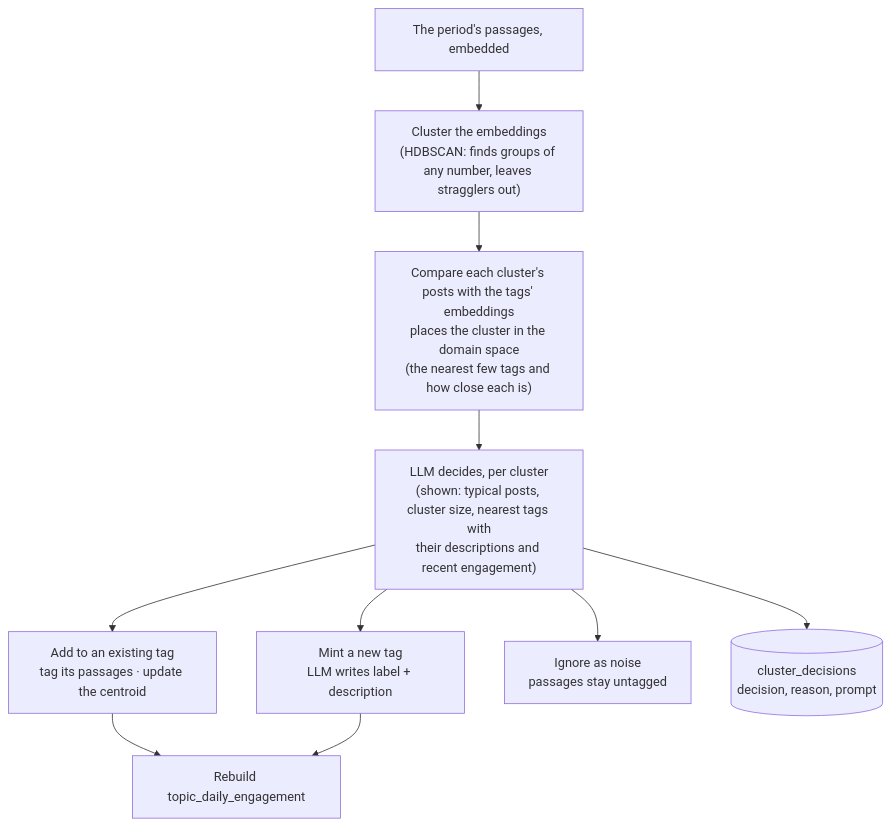
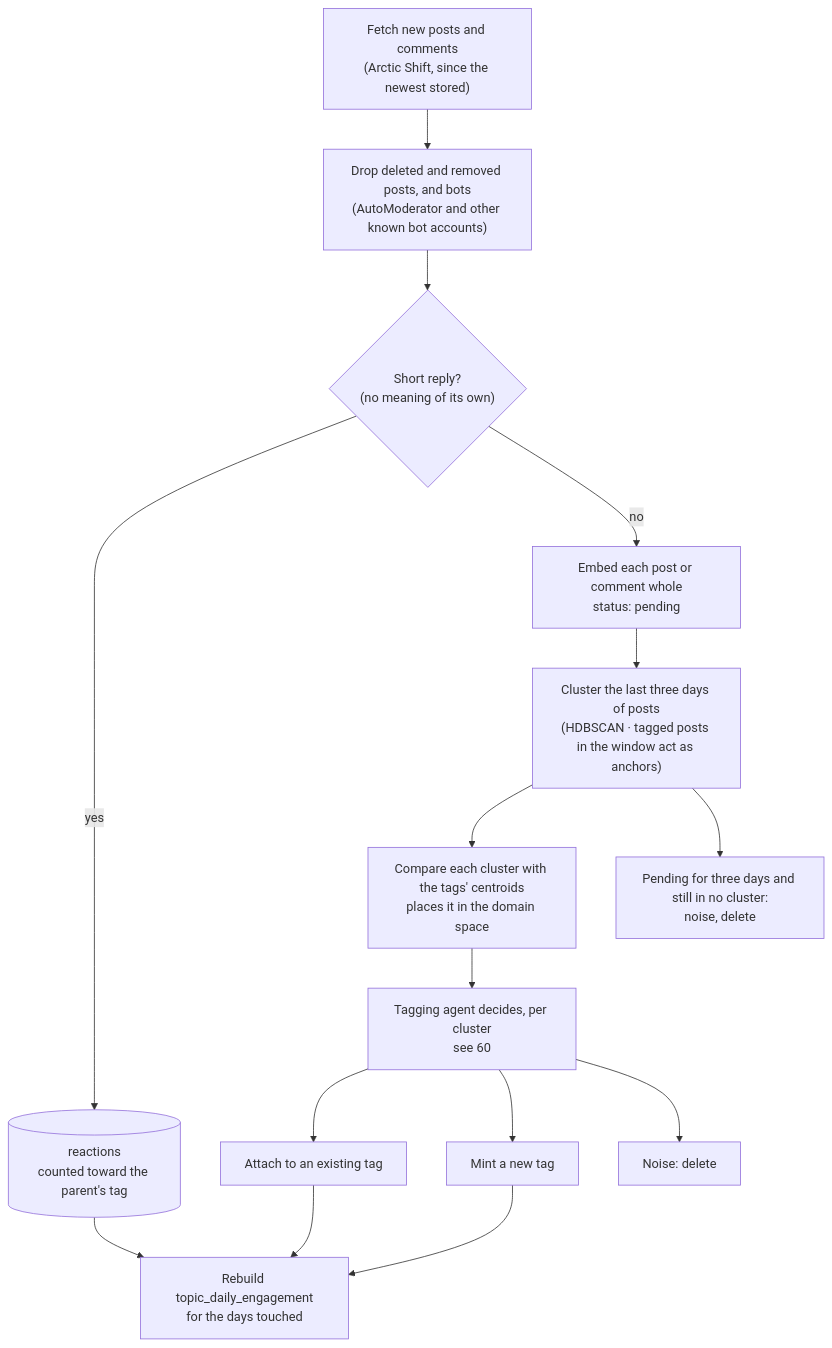
Before and after one commit to brianaderer/transcendent: the second of 2 diagrams in docs/atlas/20-data-model/21-topics.md, drawn with Mermaid. The commit also changed other lines of this file and 8 other files, not shown here.

Commit message:
Atlas: daily tagging with 3-day lookahead, no chunking, reactions; 70 comparison; 31 screens design brief

````diff
--- a/docs/atlas/20-data-model/21-topics.md
+++ b/docs/atlas/20-data-model/21-topics.md
@@ -113,20 +120,27 @@
 ```mermaid
 flowchart TB
-    EMB["The period's passages, embedded"]
-    CL["Cluster the embeddings<br/>(HDBSCAN: finds groups of any number, leaves stragglers out)"]
-    CMP["Compare each cluster's posts with the tags' embeddings<br/>places the cluster in the domain space<br/>(the nearest few tags and how close each is)"]
-    LLM["LLM decides, per cluster<br/>(shown: typical posts, cluster size, nearest tags with<br/>their descriptions and recent engagement)"]
-    ADD["Add to an existing tag<br/>tag its passages · update the centroid"]
-    MINT["Mint a new tag<br/>LLM writes label + description"]
-    NOISE["Ignore as noise<br/>passages stay untagged"]
-    LOG[("cluster_decisions<br/>decision, reason, prompt")]
-    ROLL["Rebuild topic_daily_engagement"]
+    PULL["Fetch new posts and comments<br/>(Arctic Shift, since the newest stored)"]
+    DROP["Drop deleted and removed posts, and bots<br/>(AutoModerator and other known bot accounts)"]
+    SHORT{"Short reply?<br/>(no meaning of its own)"}
+    REACT[("reactions<br/>counted toward the parent's tag")]
+    EMB["Embed each post or comment whole<br/>status: pending"]
+    CL["Cluster the last three days of posts<br/>(HDBSCAN · tagged posts in the window act as anchors)"]
+    CMP["Compare each cluster with the tags' centroids<br/>places it in the domain space"]
+    LLM["Tagging agent decides, per cluster<br/>see 60"]
+    ADD["Attach to an existing tag"]
+    MINT["Mint a new tag"]
+    NOISE["Noise: delete"]
+    EXPIRE["Pending for three days and still in no cluster:<br/>noise, delete"]
+    ROLL["Rebuild topic_daily_engagement<br/>for the days touched"]
 
-    EMB --> CL --> CMP --> LLM
+    PULL --> DROP --> SHORT
+    SHORT -->|yes| REACT
+    SHORT -->|no| EMB --> CL --> CMP --> LLM
     LLM --> ADD
     LLM --> MINT
     LLM --> NOISE
-    LLM --> LOG
+    CL --> EXPIRE
     ADD --> ROLL
     MINT --> ROLL
+    REACT --> ROLL
 ```
````
